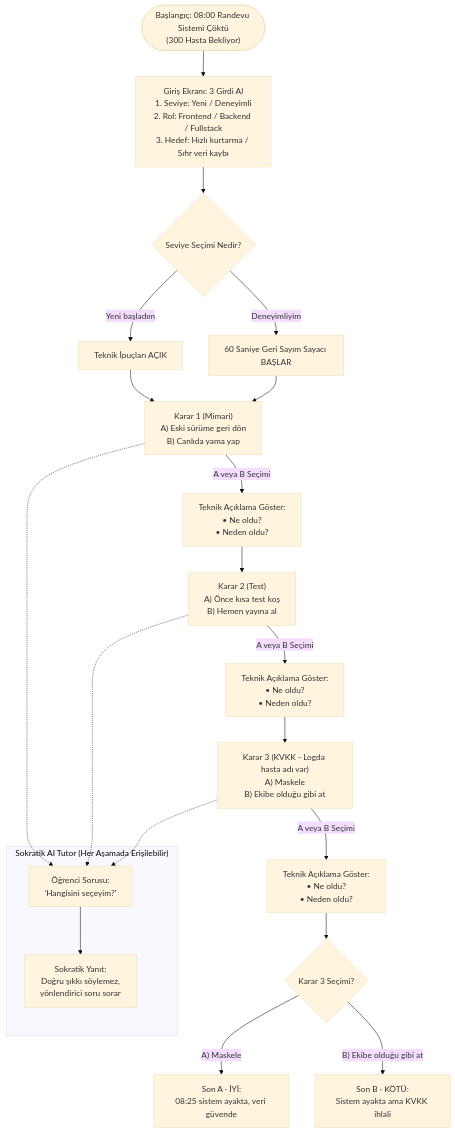
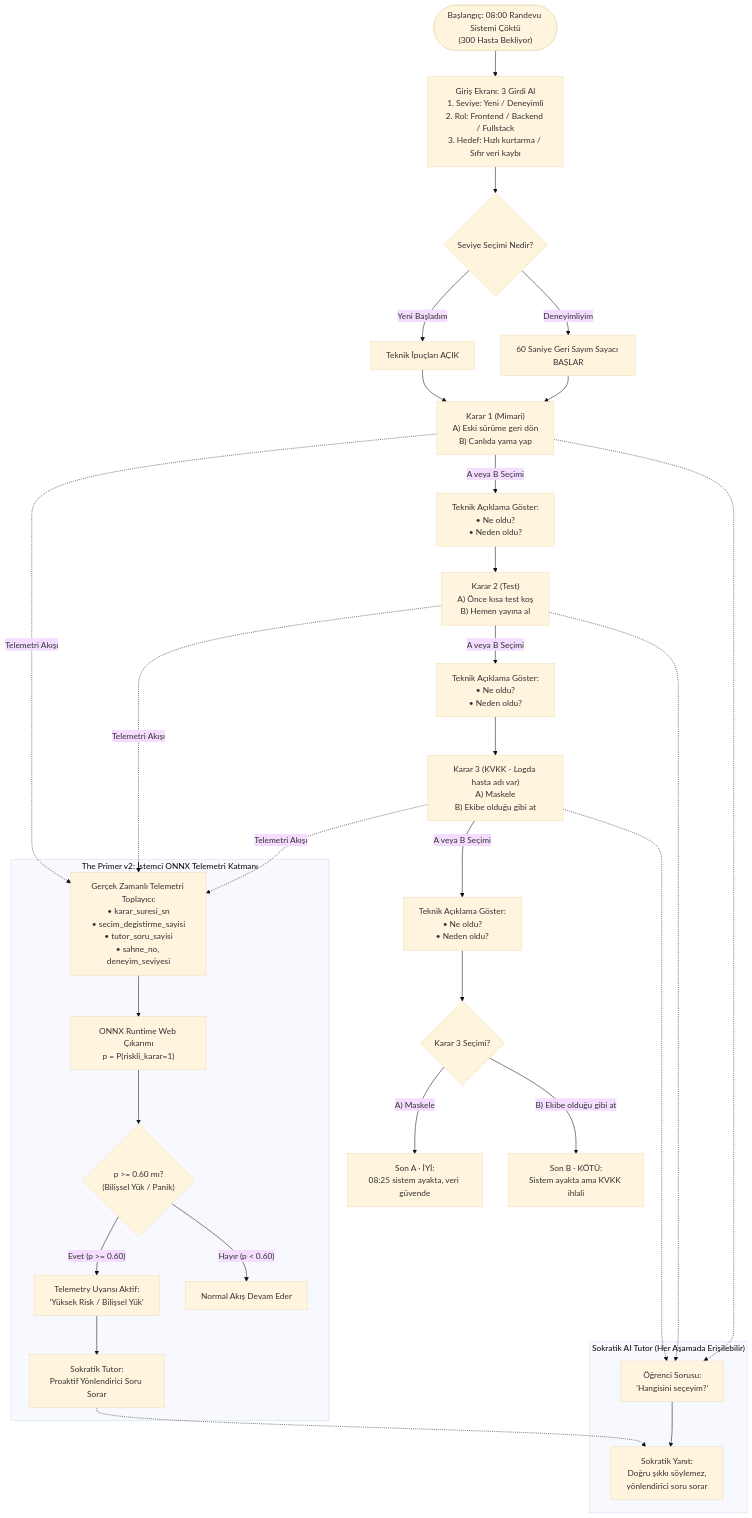
The diagram in spec.md (yavuzgoktas4-commits/SE_primer), drawn with Mermaid (base theme) before and after one commit. The commit also changed other lines of this file and 18 other files, not shown here.

Commit message:
feat: implement The Primer v2 MLOps, ONNX inference, parity tests and GitHub Pages setup

````diff
--- a/spec.md
+++ b/spec.md
@@ -89,31 +153,48 @@
 ```mermaid
 flowchart TD
     Start(["Başlangıç: 08:00 Randevu Sistemi Çöktü<br/>(300 Hasta Bekliyor)"]) --> Onboarding["Giriş Ekranı: 3 Girdi Al<br/>1. Seviye: Yeni / Deneyimli<br/>2. Rol: Frontend / Backend / Fullstack<br/>3. Hedef: Hızlı kurtarma / Sıfır veri kaybı"]
 
     Onboarding --> ModeCheck{"Seviye Seçimi Nedir?"}
-    ModeCheck -- "Yeni başladım" --> HintsOn["Teknik İpuçları AÇIK"]
+    ModeCheck -- "Yeni Başladım" --> HintsOn["Teknik İpuçları AÇIK"]
     ModeCheck -- "Deneyimliyim" --> TimerOn["60 Saniye Geri Sayım Sayacı BAŞLAR"]
 
     HintsOn --> D1["Karar 1 (Mimari)<br/>A) Eski sürüme geri dön<br/>B) Canlıda yama yap"]
     TimerOn --> D1
 
+    subgraph MLOpsLayer ["The Primer v2: İstemci ONNX Telemetri Katmanı"]
+        Telemetry["Gerçek Zamanlı Telemetri Toplayıcı:<br/>• karar_suresi_sn<br/>• secim_degistirme_sayisi<br/>• tutor_soru_sayisi<br/>• sahne_no, deneyim_seviyesi"]
+        ONNXInference["ONNX Runtime Web Çıkarımı<br/>p = P(riskli_karar=1)"]
+        EvalGate{"p >= 0.60 mı?<br/>(Bilişsel Yük / Panik)"}
+        ProactiveAlert["Telemetry Uyarısı Aktif:<br/>'Yüksek Risk / Bilişsel Yük'"]
+        ProactiveQuestion["Sokratik Tutor:<br/>Proaktif Yönlendirici Soru Sorar"]
+        
+        Telemetry --> ONNXInference --> EvalGate
+        EvalGate -- "Evet (p >= 0.60)" --> ProactiveAlert --> ProactiveQuestion
+        EvalGate -- "Hayır (p < 0.60)" --> PassThrough["Normal Akış Devam Eder"]
+    end
+
+    D1 -. Telemetri Akışı .-> Telemetry
+
     D1 -- "A veya B Seçimi" --> FB1["Teknik Açıklama Göster:<br/>• Ne oldu?<br/>• Neden oldu?"]
     FB1 --> D2["Karar 2 (Test)<br/>A) Önce kısa test koş<br/>B) Hemen yayına al"]
+    D2 -. Telemetri Akışı .-> Telemetry
 
     D2 -- "A veya B Seçimi" --> FB2["Teknik Açıklama Göster:<br/>• Ne oldu?<br/>• Neden oldu?"]
     FB2 --> D3["Karar 3 (KVKK - Logda hasta adı var)<br/>A) Maskele<br/>B) Ekibe olduğu gibi at"]
+    D3 -. Telemetri Akışı .-> Telemetry
 
     D3 -- "A veya B Seçimi" --> FB3["Teknik Açıklama Göster:<br/>• Ne oldu?<br/>• Neden oldu?"]
 
     FB3 --> CheckD3{"Karar 3 Seçimi?"}
     CheckD3 -- "A) Maskele" --> EndA["Son A · İYİ:<br/>08:25 sistem ayakta, veri güvende"]
     CheckD3 -- "B) Ekibe olduğu gibi at" --> EndB["Son B · KÖTÜ:<br/>Sistem ayakta ama KVKK ihlali"]
 
     subgraph AITutor ["Sokratik AI Tutor (Her Aşamada Erişilebilir)"]
         Ask["Öğrenci Sorusu:<br/>'Hangisini seçeyim?'"] --> Socratic["Sokratik Yanıt:<br/>Doğru şıkkı söylemez,<br/>yönlendirici soru sorar"]
     end
 
     D1 -.-> Ask
     D2 -.-> Ask
     D3 -.-> Ask
+    ProactiveQuestion -.-> Socratic
 ```
````
